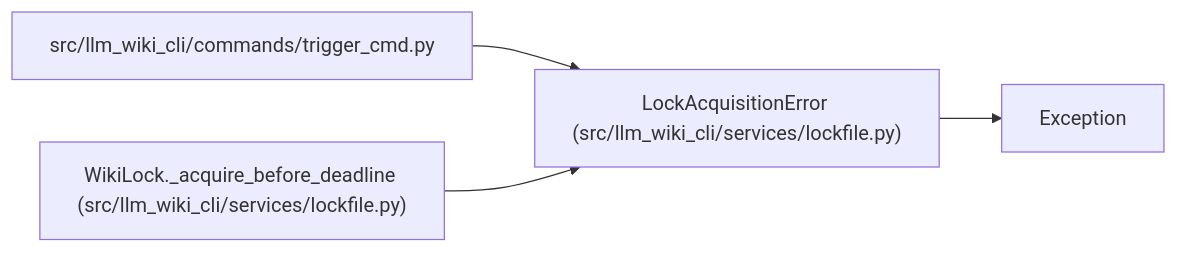
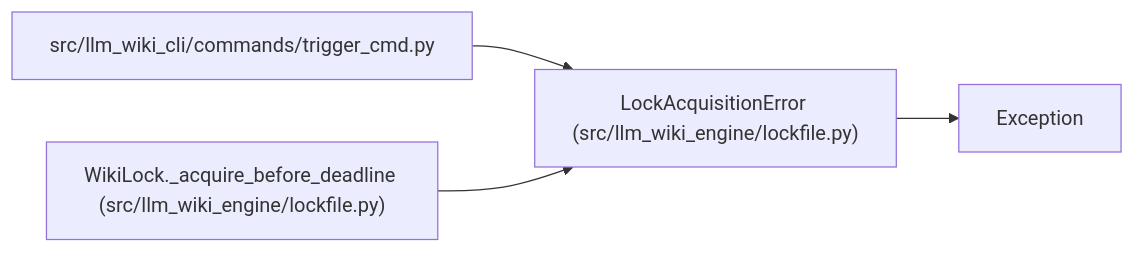
One commit to Denissvgn/python-wiki-llm changed the diagram in docs/llm_wiki/entities/LockAcquisitionError.md. Above: the diagram before and after it, drawn with Mermaid. The commit also changed other lines of this file and 1103 other files, not shown here.

First line of the commit message:
docs: refresh the wiki for the llm-wiki-engine distribution

````diff
--- a/docs/llm_wiki/entities/LockAcquisitionError.md
+++ b/docs/llm_wiki/entities/LockAcquisitionError.md
@@ -23,13 +23,13 @@
 ```mermaid
 flowchart LR
-    n0["LockAcquisitionError (src/llm_wiki_cli/services/lockfile.py)"]
+    n0["LockAcquisitionError (src/llm_wiki_engine/lockfile.py)"]
     n1["Exception"]
     n2["src/llm_wiki_cli/commands/trigger_cmd.py"]
-    n3["WikiLock._acquire_before_deadline (src/llm_wiki_cli/services/lockfile.py)"]
+    n3["WikiLock._acquire_before_deadline (src/llm_wiki_engine/lockfile.py)"]
     n0 --> n1
     n2 --> n0
     n3 --> n0
     click n0 "../modules/lockfile.md"
     click n2 "../modules/trigger_cmd.md"
     click n3 "../modules/lockfile.md"
 ```
````
